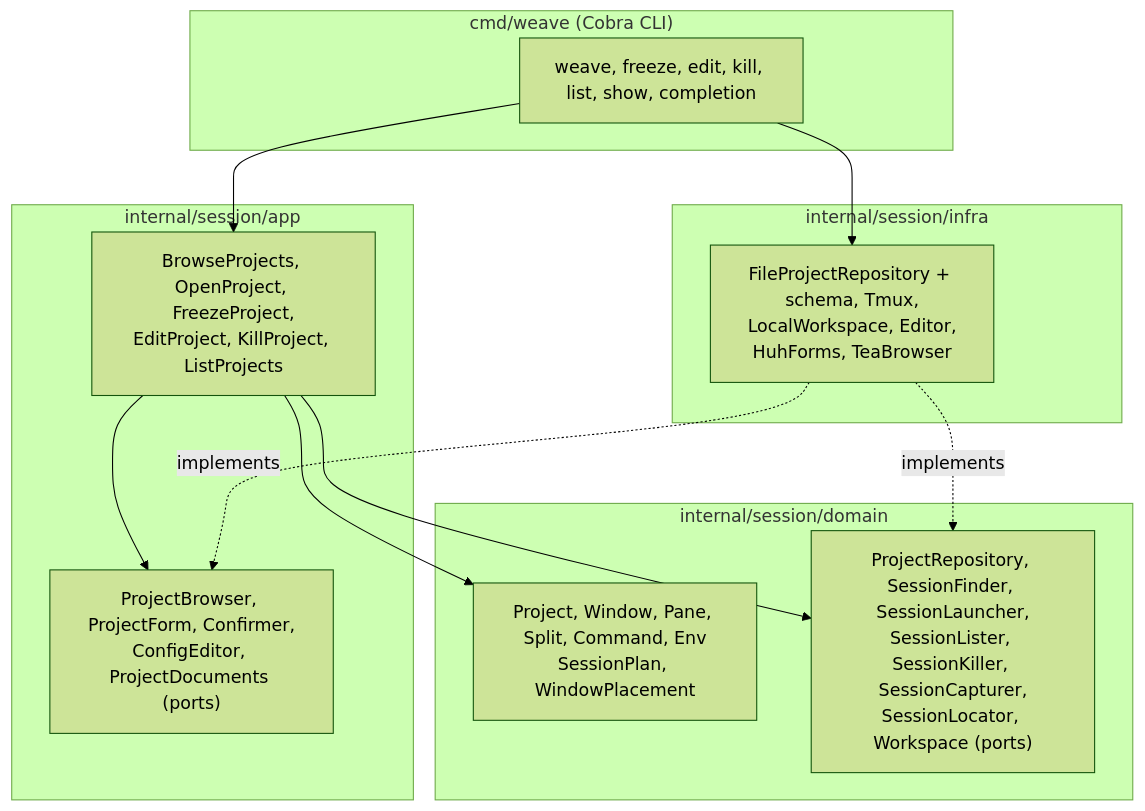
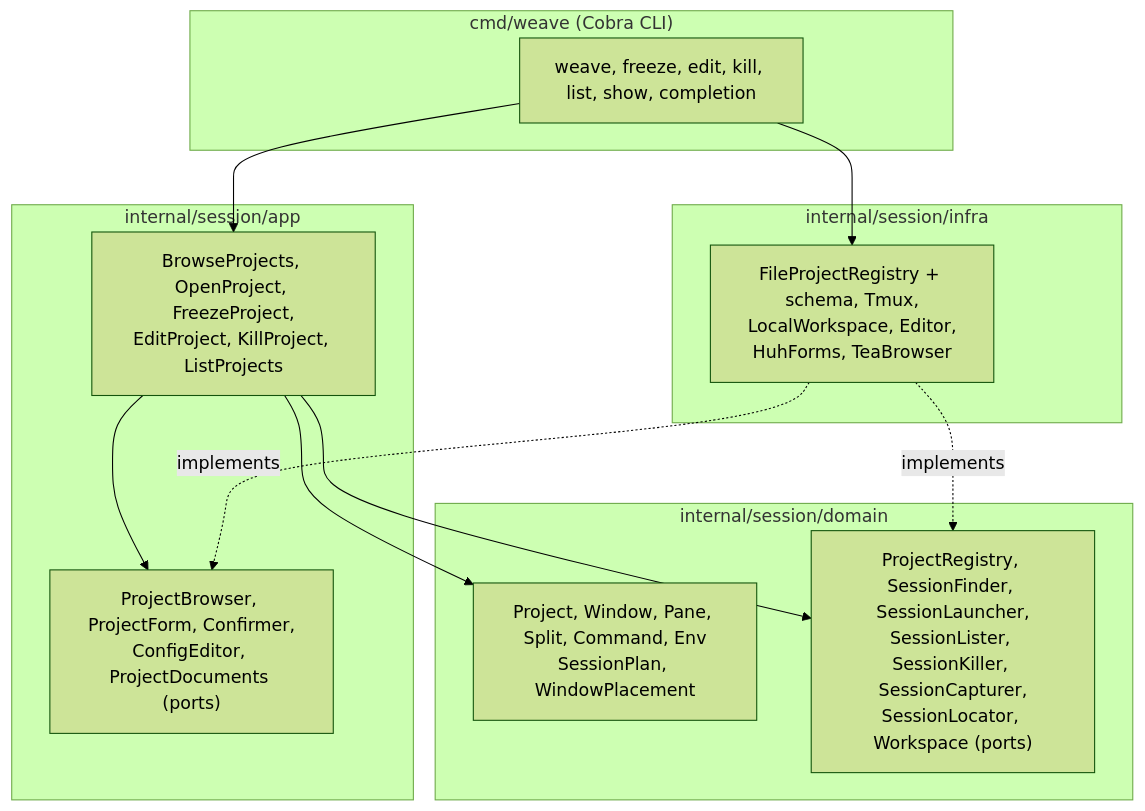
One commit to medilies/weaver changed the diagram in README.md. Above: the diagram before and after it, drawn with Mermaid (forest theme). The commit also changed 20 other files, not shown here.

First line of the commit message:
refactor(session): rename ProjectRepository to ProjectRegistry

````diff
--- a/README.md
+++ b/README.md
@@ -201,25 +201,25 @@
 ```mermaid
 graph TD
     subgraph cmd["cmd/weave (Cobra CLI)"]
         CLI["weave, freeze, edit, kill, list, show, completion"]
     end
     subgraph app["internal/session/app"]
         UC["BrowseProjects, OpenProject, FreezeProject,<br/>EditProject, KillProject, ListProjects"]
         AP["ProjectBrowser, ProjectForm, Confirmer,<br/>ConfigEditor, ProjectDocuments (ports)"]
     end
     subgraph domain["internal/session/domain"]
         M["Project, Window, Pane, Split, Command, Env<br/>SessionPlan, WindowPlacement"]
-        DP["ProjectRepository, SessionFinder, SessionLauncher,<br/>SessionLister, SessionKiller, SessionCapturer,<br/>SessionLocator, Workspace (ports)"]
+        DP["ProjectRegistry, SessionFinder, SessionLauncher,<br/>SessionLister, SessionKiller, SessionCapturer,<br/>SessionLocator, Workspace (ports)"]
     end
     subgraph infra["internal/session/infra"]
-        A["FileProjectRepository + schema, Tmux,<br/>LocalWorkspace, Editor,<br/>HuhForms, TeaBrowser"]
+        A["FileProjectRegistry + schema, Tmux,<br/>LocalWorkspace, Editor,<br/>HuhForms, TeaBrowser"]
     end
 
     CLI --> UC
     CLI --> A
     UC --> M
     UC --> DP
     UC --> AP
     A -.implements.-> DP
     A -.implements.-> AP
 ```
````
